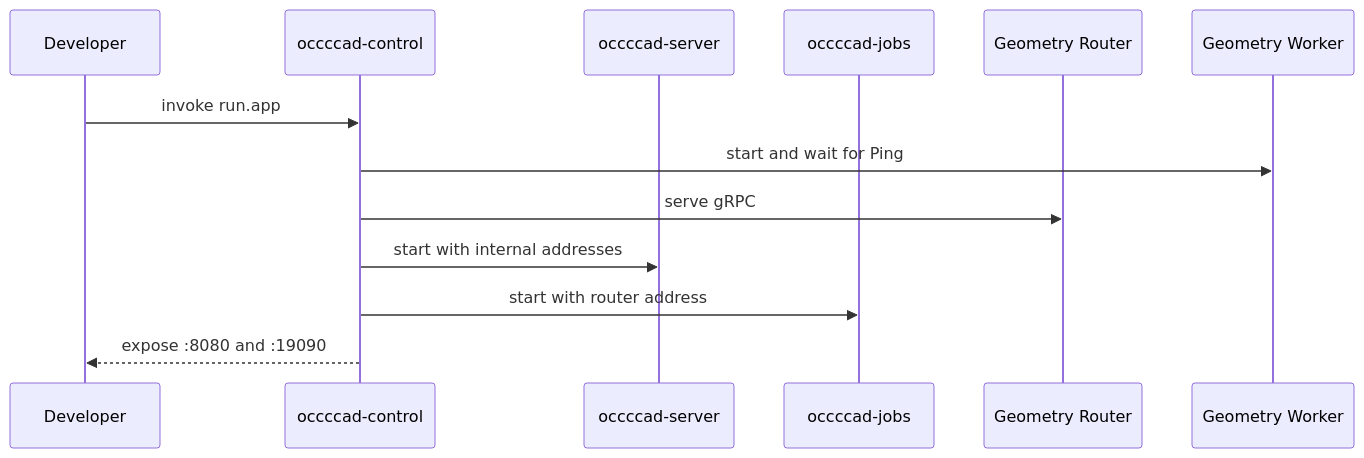
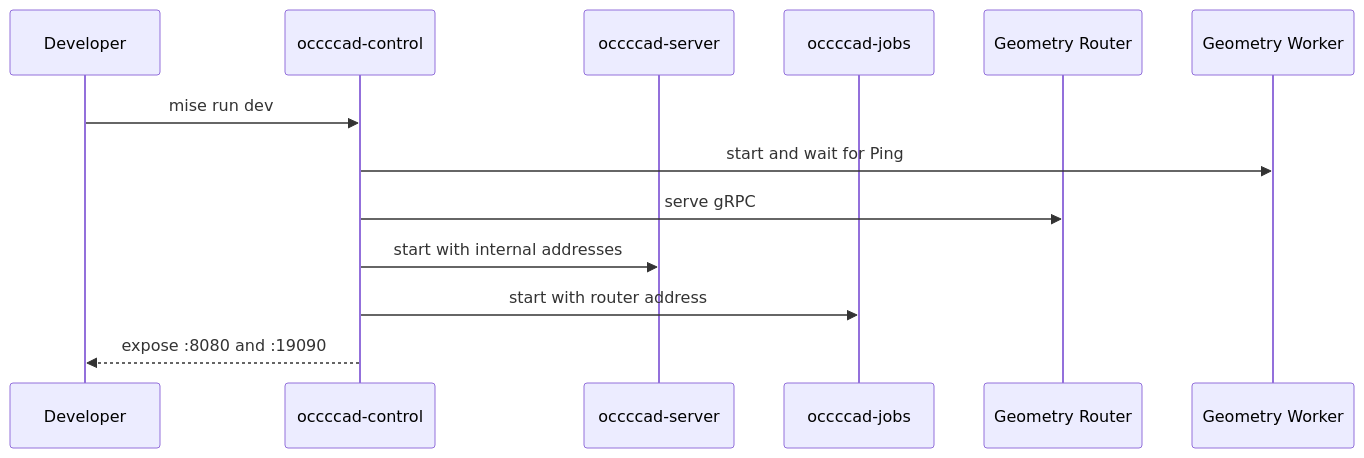
The second of 2 diagrams in docs/architecture/current/runtime.md (cossoledad/occccad), drawn with Mermaid before and after one commit. The commit also changed other lines of this file and 286 other files, not shown here.

````diff
--- a/docs/architecture/current/runtime.md
+++ b/docs/architecture/current/runtime.md
@@ -64,16 +64,16 @@
 ```mermaid
 sequenceDiagram
     participant Dev as Developer
     participant C as occccad-control
     participant A as occccad-server
     participant J as occccad-jobs
     participant R as Geometry Router
     participant G as Geometry Worker
 
-    Dev->>C: invoke run.app
+    Dev->>C: mise run dev
     C->>G: start and wait for Ping
     C->>R: serve gRPC
     C->>A: start with internal addresses
     C->>J: start with router address
     C-->>Dev: expose :8080 and :19090
 ```
````
